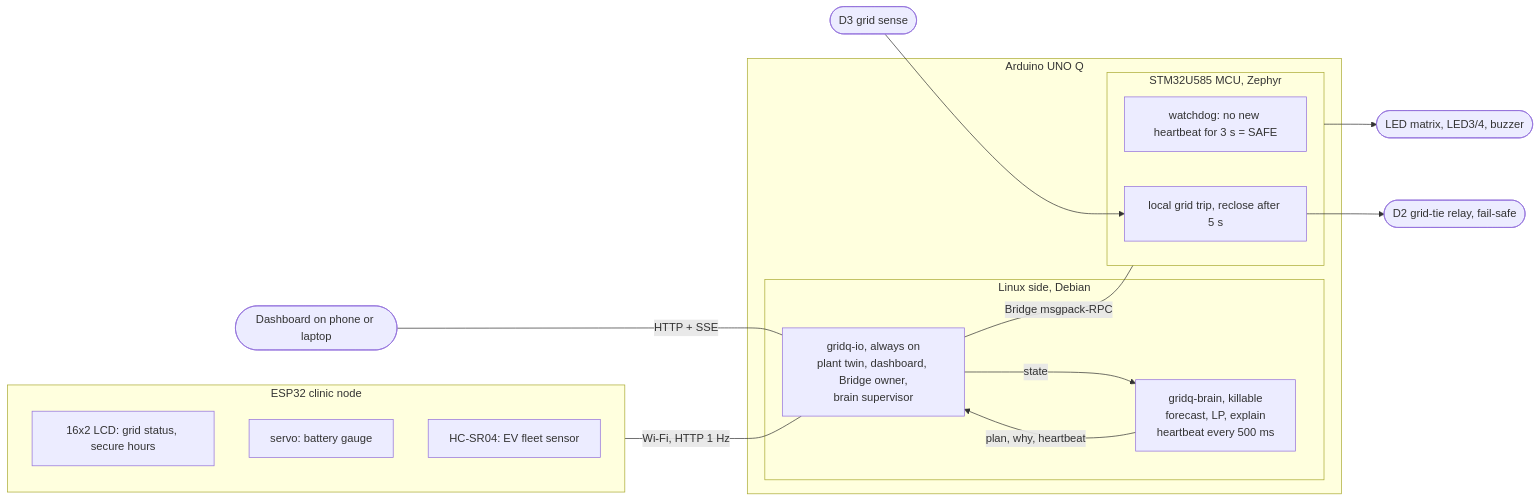
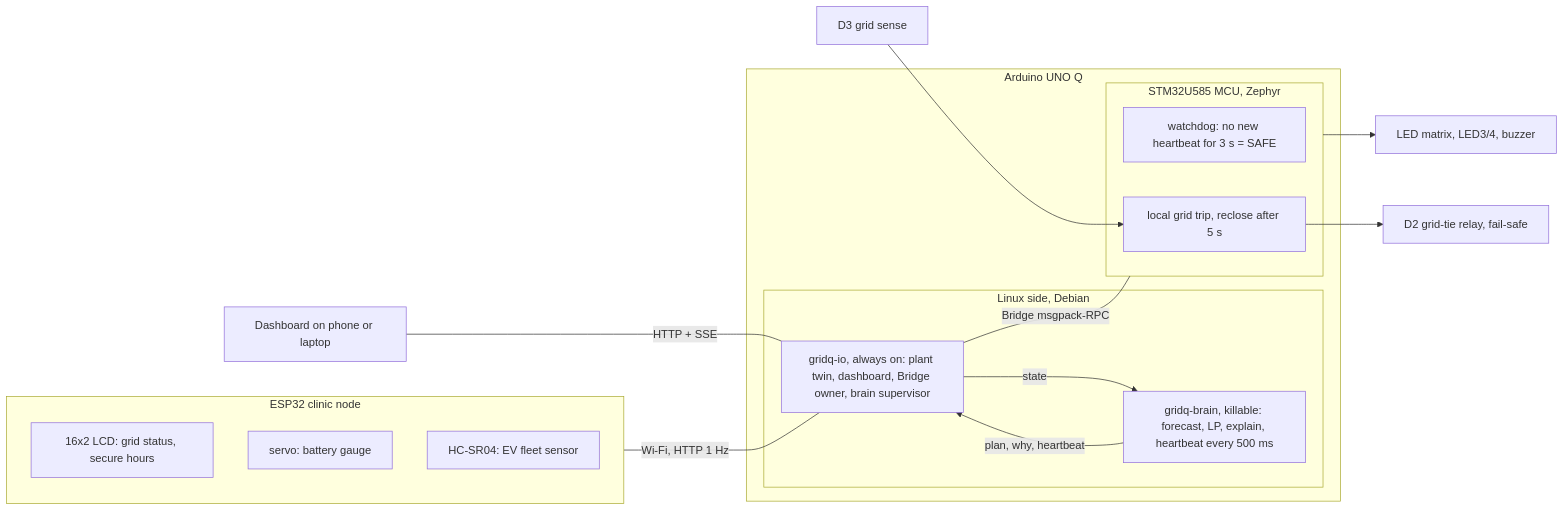
Before and after one commit to Arshgill01/GridQ: the first of 3 diagrams in README.md, drawn with Mermaid. The commit also changed other lines of this file, not shown here.

Commit message:
README: simpler flowchart syntax for GitHub's renderer

````diff
--- a/README.md
+++ b/README.md
@@ -80,26 +80,26 @@
 ```mermaid
 flowchart LR
   subgraph ESP["ESP32 clinic node"]
     LCD["16x2 LCD: grid status, secure hours"]
     SRV["servo: battery gauge"]
     US["HC-SR04: EV fleet sensor"]
   end
   subgraph Q["Arduino UNO Q"]
     subgraph LNX["Linux side, Debian"]
-      IO["gridq-io, always on<br/>plant twin, dashboard, Bridge owner,<br/>brain supervisor"]
-      BR["gridq-brain, killable<br/>forecast, LP, explain<br/>heartbeat every 500 ms"]
+      IO["gridq-io, always on: plant twin, dashboard, Bridge owner, brain supervisor"]
+      BR["gridq-brain, killable: forecast, LP, explain, heartbeat every 500 ms"]
     end
     subgraph MCU["STM32U585 MCU, Zephyr"]
       WD["watchdog: no new heartbeat for 3 s = SAFE"]
       TRIP["local grid trip, reclose after 5 s"]
     end
   end
   ESP -- "Wi-Fi, HTTP 1 Hz" --- IO
   IO -- "state" --> BR
   BR -- "plan, why, heartbeat" --> IO
   IO -- "Bridge msgpack-RPC" --- MCU
-  D3(["D3 grid sense"]) --> TRIP
-  TRIP --> RELAY(["D2 grid-tie relay, fail-safe"])
-  MCU --> UI(["LED matrix, LED3/4, buzzer"])
-  WEB(["Dashboard on phone or laptop"]) -- "HTTP + SSE" --- IO
+  D3["D3 grid sense"] --> TRIP
+  TRIP --> RELAY["D2 grid-tie relay, fail-safe"]
+  MCU --> UI["LED matrix, LED3/4, buzzer"]
+  WEB["Dashboard on phone or laptop"] -- "HTTP + SSE" --- IO
 ```
````
